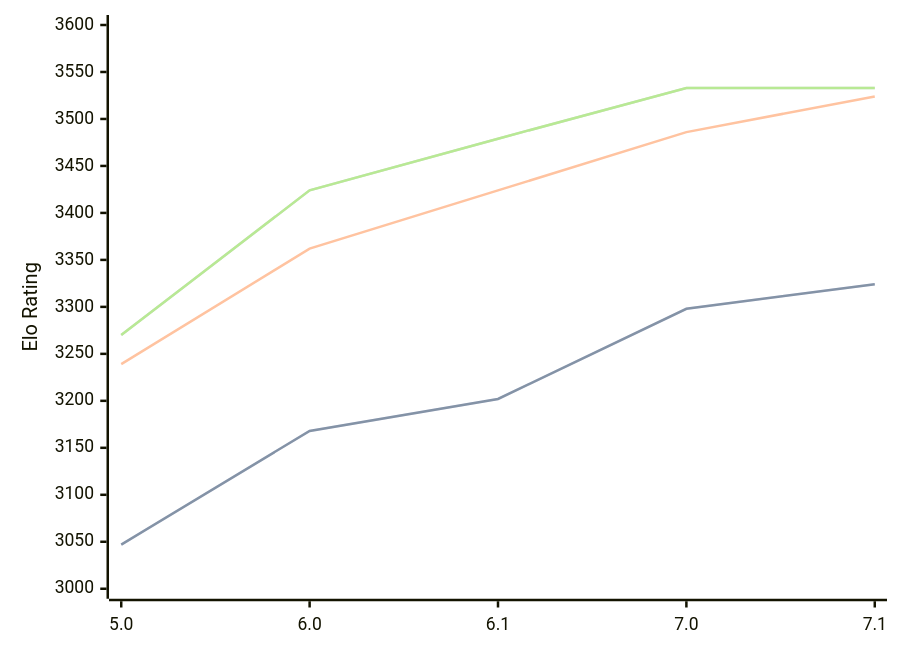
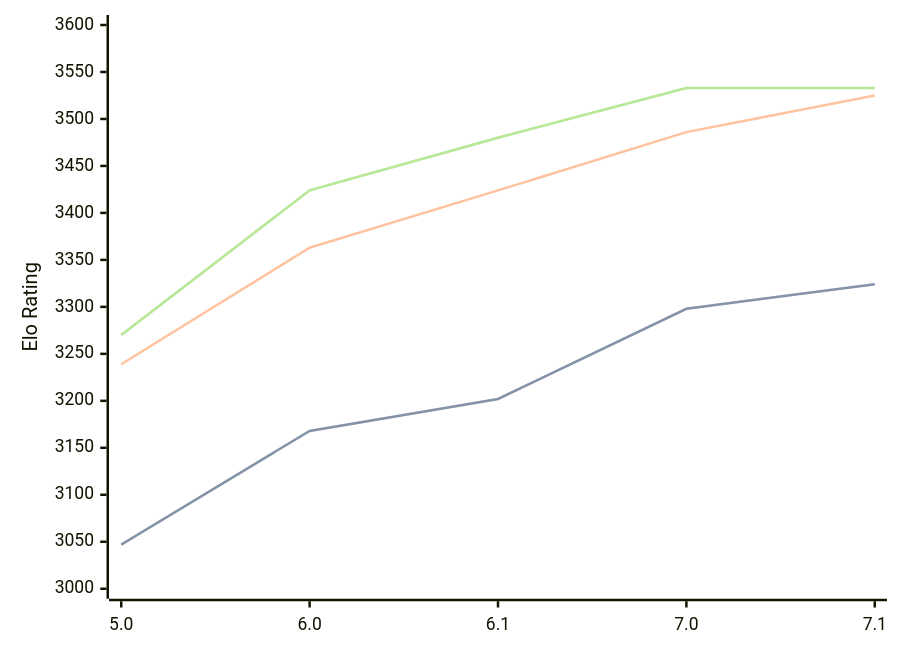
One commit to computer-chess-index/cci changed the diagram in engines/PZChessBot.md. Above: the diagram before and after it, drawn with Mermaid. The commit also changed other lines of this file, not shown here.

Commit message:
Update CCI Ratings (ELO VLTC) - 2026-09-05

````diff
--- a/engines/PZChessBot.md
+++ b/engines/PZChessBot.md
@@ -35,11 +35,11 @@
 ```mermaid
 %%{init: {"theme":"base","themeVariables":{"seriesColors:['#a3a3a3','#222221','#faa371']}}}%%
 xychart-beta
   x-axis ["5.0", "6.0", "6.1", "7.0", "7.1"]
   y-axis "Elo Rating" 3000 --> 3600
   line "" [3047, 3168, 3202, 3298, 3324]
   line "STC (8.0+0.08s)" [3047, 3168, 3202, 3298, 3324]
-  line "LTC (60.0+0.60s)" [3239, 3362, 3424, 3486, 3524]
-  line "" [3270, 3424, 3479, 3533, 3533]
-  line "VLTC (2m24s+1.12s)" [3270, 3424, 3479, 3533, 3533]
+  line "LTC (60.0+0.60s)" [3239, 3363, 3424, 3486, 3525]
+  line "" [3270, 3424, 3480, 3533, 3533]
+  line "VLTC (2m24s+1.12s)" [3270, 3424, 3480, 3533, 3533]
 ```
````
